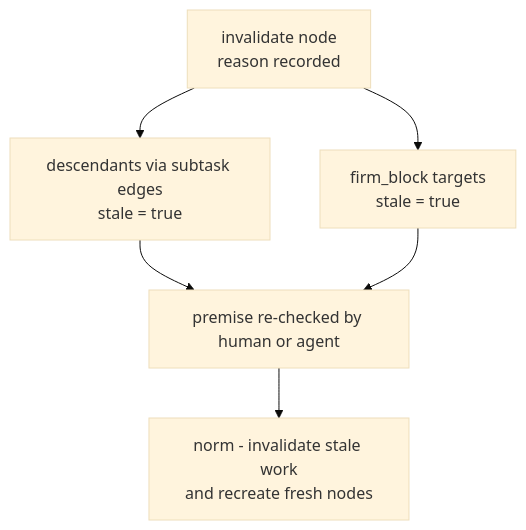
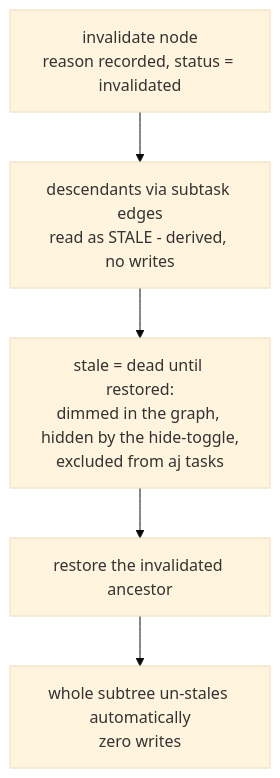
The fourth of 4 diagrams in docs/workflow.md (DanWilkins2107/AgentJira), drawn with Mermaid (base theme) before and after one commit. The commit also changed other lines of this file and 21 other files, not shown here.

````diff
--- a/docs/workflow.md
+++ b/docs/workflow.md
@@ -112,8 +112,7 @@
 ```mermaid
 flowchart TD
-    inv[invalidate node<br/>reason recorded] --> desc[descendants via subtask edges<br/>stale = true]
-    inv --> fb[firm_block targets<br/>stale = true]
-    desc --> recheck[premise re-checked by human or agent]
-    fb --> recheck
-    recheck --> norm[norm - invalidate stale work<br/>and recreate fresh nodes]
+    inv[invalidate node<br/>reason recorded, status = invalidated] --> desc[descendants via subtask edges<br/>read as STALE - derived, no writes]
+    desc --> dead[stale = dead until restored:<br/>dimmed in the graph, hidden by the hide-toggle,<br/>excluded from aj tasks]
+    dead --> restore[restore the invalidated ancestor]
+    restore --> undo[whole subtree un-stales automatically<br/>zero writes]
 ```
````
